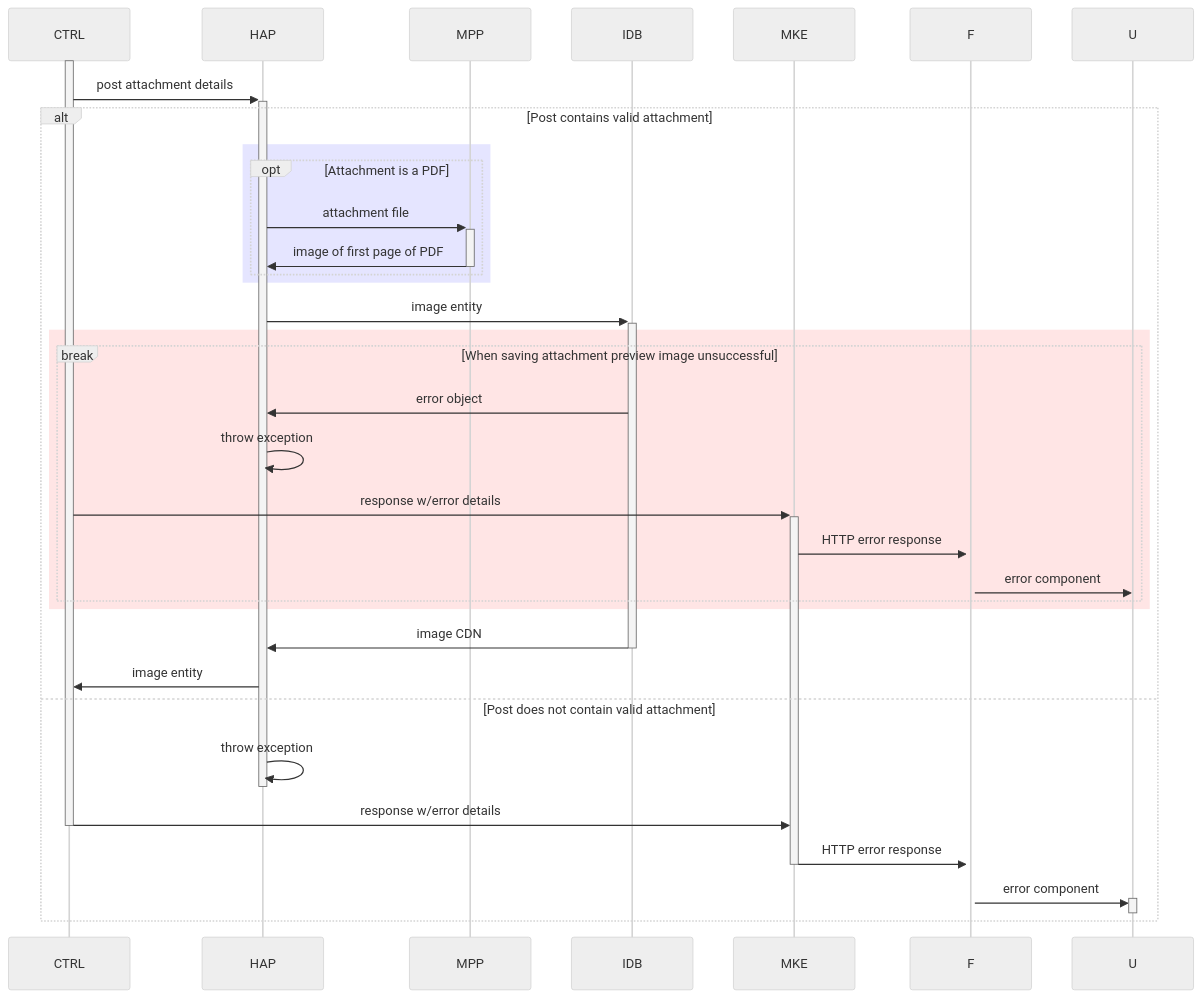
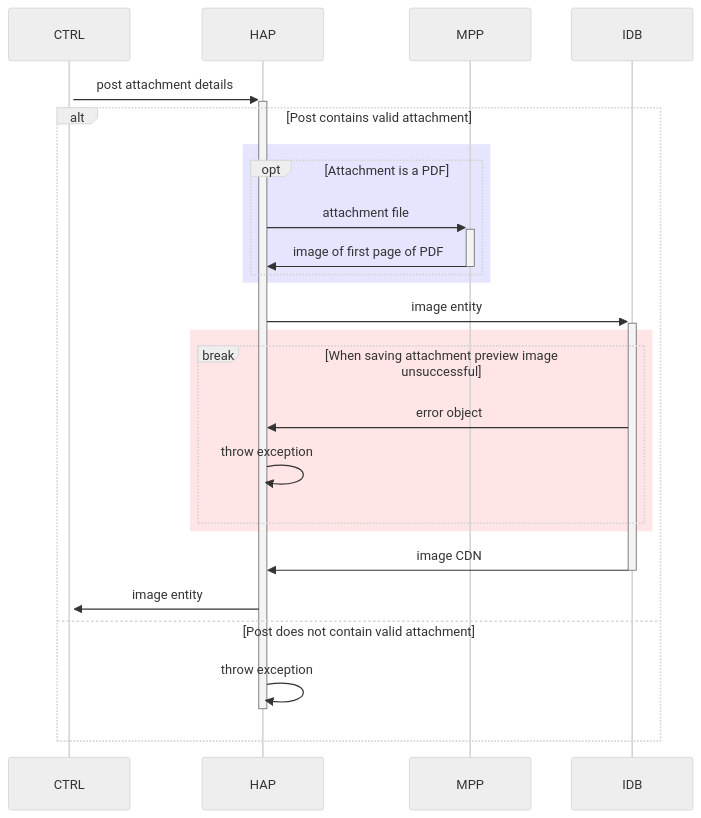
Before and after one commit to maryamkhan14/cv-circle: the sixth of 6 diagrams in DOCUMENTATION.md, drawn with Mermaid (neutral theme). The commit also changed other lines of this file, not shown here.

Commit message:
Moved details from Handle Attachment Preview supporting diagram back to PATCH, POST /api/posts diagrams based on relevancy

````diff
--- a/DOCUMENTATION.md
+++ b/DOCUMENTATION.md
@@ -336,35 +346,27 @@
 ```mermaid
 sequenceDiagram
     activate CTRL
     CTRL->>+HAP: post attachment details
     alt Post contains valid attachment
         rect rgba(0, 0, 255, 0.1)
         opt Attachment is a PDF
             HAP->>+MPP: attachment file
             MPP->>-HAP: image of first page of PDF
         end
         end
 
         HAP->>+IDB: image entity
 
         rect rgba(255, 0, 0, 0.1)
         break When saving attachment preview image unsuccessful
             IDB->>HAP: error object
             HAP->>HAP: throw exception
-            CTRL->>+MKE: response w/error details
-            MKE->>+F: HTTP error response
-            F->>U: error component
         end
         end
 
     IDB->>-HAP: image CDN
     HAP->>CTRL: image entity
     else Post does not contain valid attachment
         HAP->>-HAP: throw exception
-        CTRL->>-MKE: response w/error details
-        MKE->>-F: HTTP error response
-
-        F->>+U: error component
-        deactivate U
     end
 ```
````
